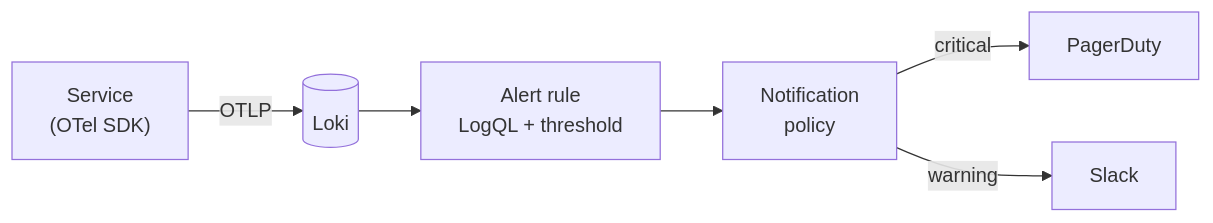
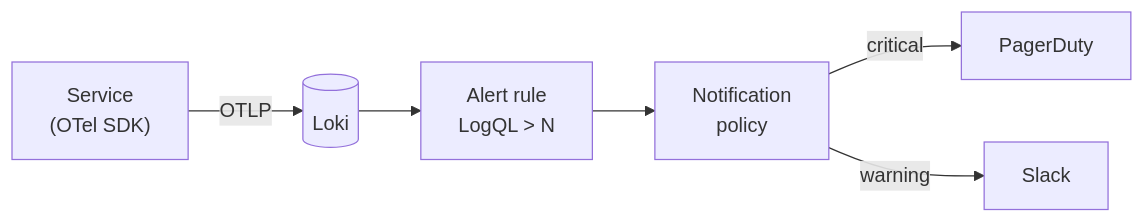
Before and after one commit to radra23/scryops-site: the diagram in content/howtos/set-up-log-based-alerting.md, drawn with Mermaid. The commit also changed 6 other files, not shown here.

First line of the commit message:
fix: restore the OTel overview link; fit two diagrams under the 12/14 floor

```diff
--- a/content/howtos/set-up-log-based-alerting.md
+++ b/content/howtos/set-up-log-based-alerting.md
@@ -14,8 +14,8 @@
 {{< mermaid caption="Fig. — Logs arrive in Loki over OTLP. A Grafana alert rule evaluates a LogQL query, and the notification policy routes on the rule's severity label." >}}
 flowchart LR
     app["Service<br/>(OTel SDK)"] -->|OTLP| loki[("Loki")]
-    loki --> rule["Alert rule<br/>LogQL + threshold"]
+    loki --> rule["Alert rule<br/>LogQL &gt; N"]
     rule --> policy["Notification<br/>policy"]
     policy -->|critical| pd["PagerDuty"]
     policy -->|warning| slack["Slack"]
 {{< /mermaid >}}
```
